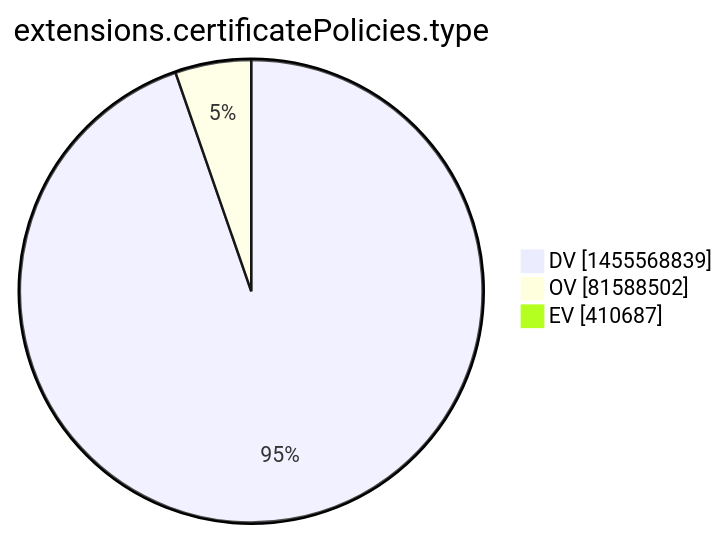
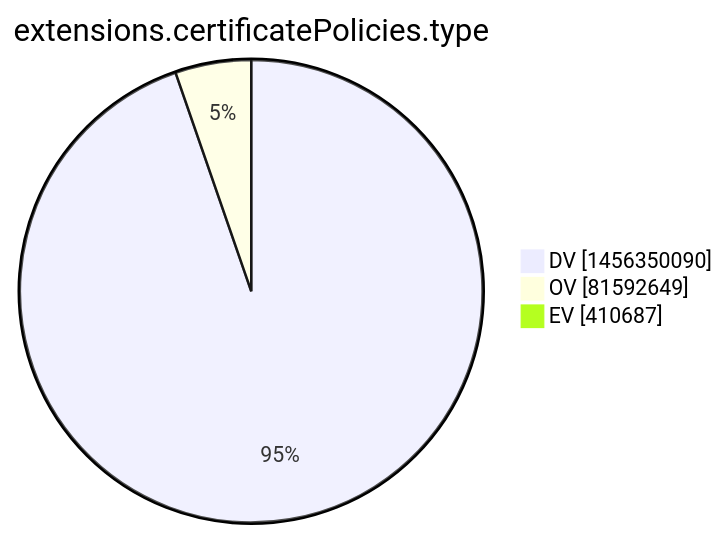
Before and after one commit to christiankrug/ctmonitor_visualization: the tenth of 15 diagrams in xenon2022/README.md, drawn with Mermaid. The commit also changed other lines of this file, not shown here.

````diff
--- a/xenon2022/README.md
+++ b/xenon2022/README.md
@@ -2870,7 +2870,7 @@
 ```mermaid
 pie showData
 title extensions.certificatePolicies.type
-"DV" :1455568839
-"OV" :81588502
+"DV" :1456350090
+"OV" :81592649
 "EV" :410687
 ```
````
